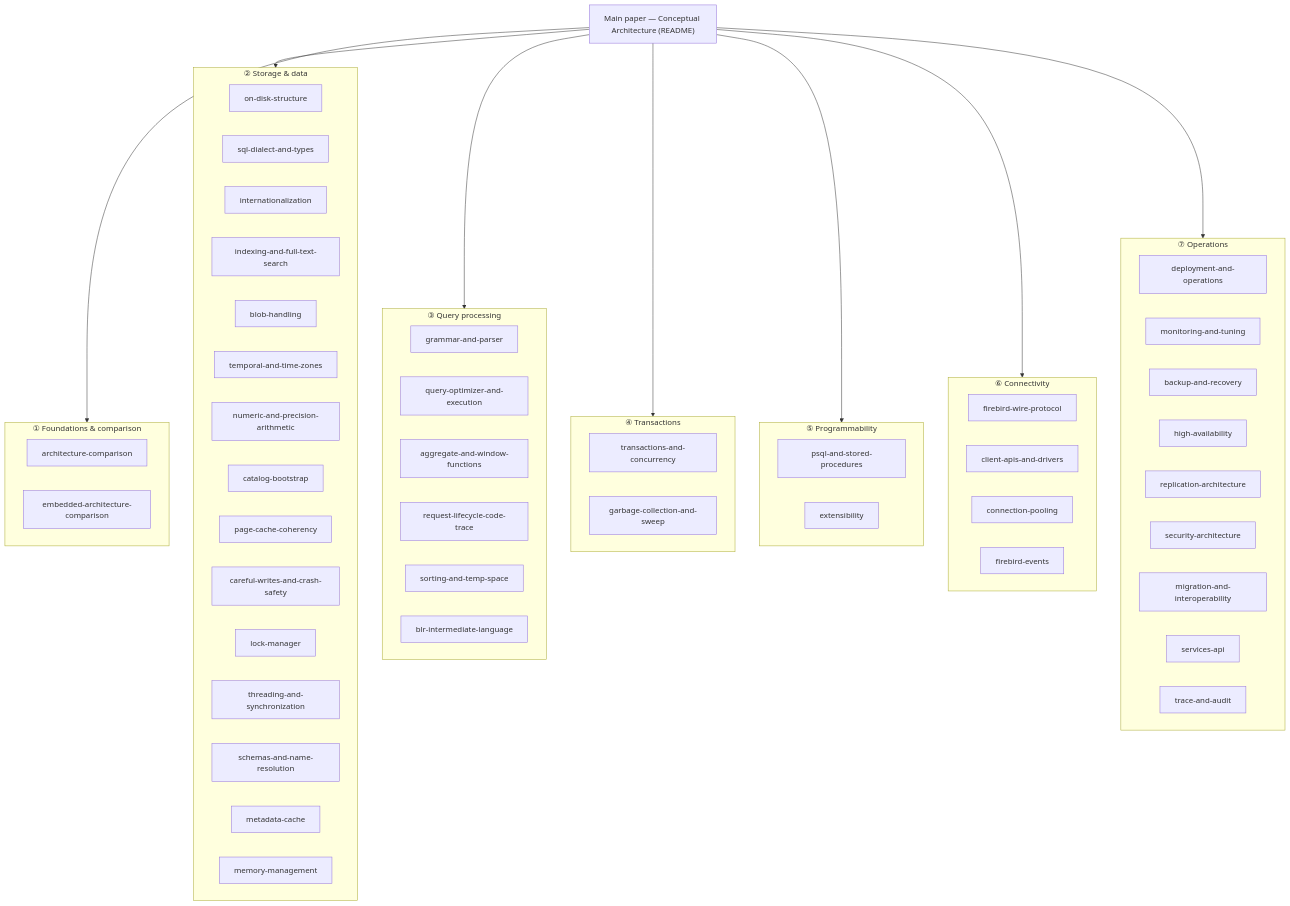
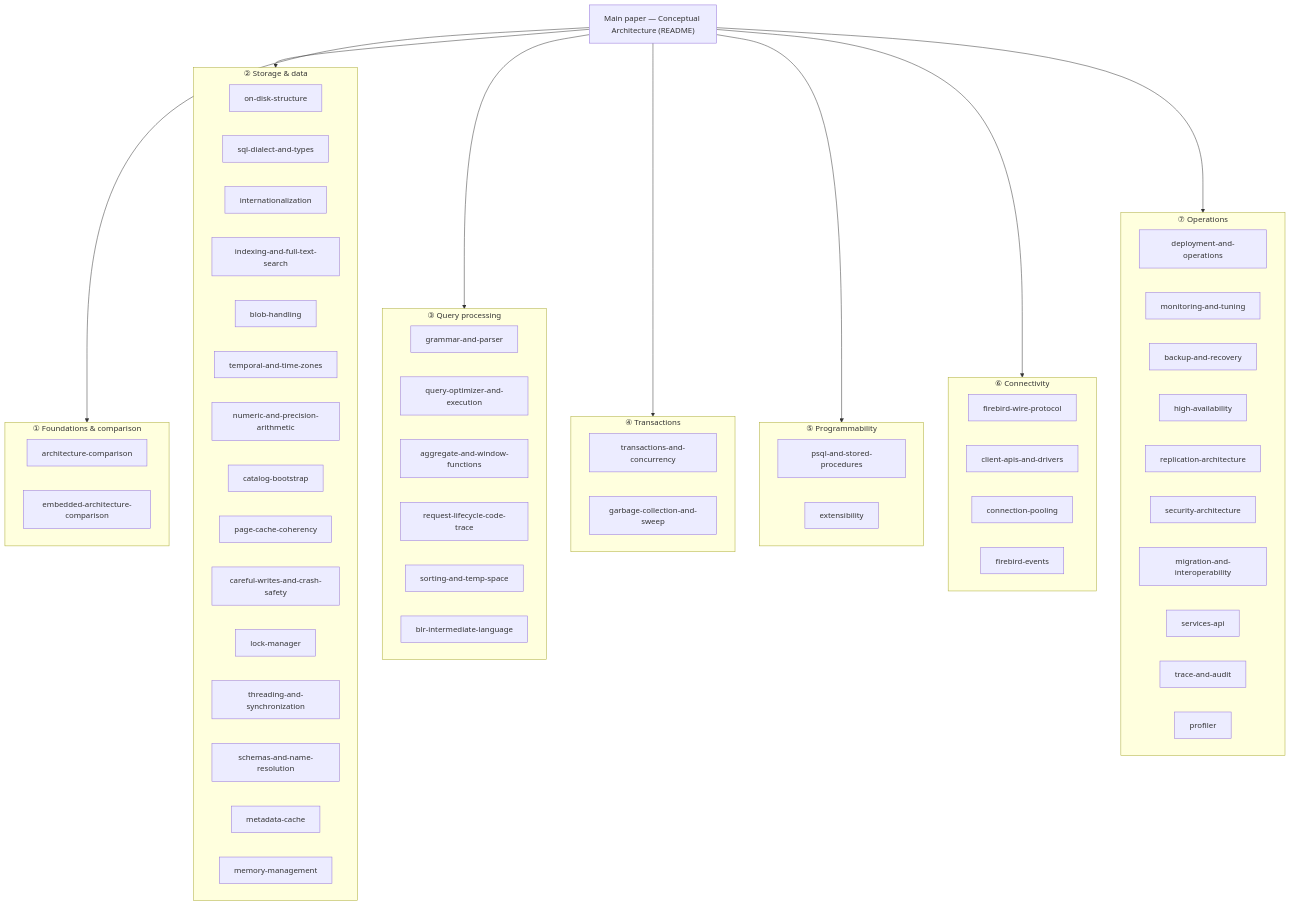
The diagram in READING-GUIDE.md (mariuz/conceptual-architecture-for-firebird-paper), drawn with Mermaid before and after one commit. The commit also changed other lines of this file and 4 other files, not shown here.

````diff
--- a/READING-GUIDE.md
+++ b/READING-GUIDE.md
@@ -9,61 +9,62 @@
 ```mermaid
 flowchart TB
     PAPER["Main paper — Conceptual Architecture (README)"]
 
     PAPER --> T1 & T2 & T3 & T4 & T5 & T6 & T7
 
     subgraph T1["① Foundations & comparison"]
         A1["architecture-comparison"]
         A2["embedded-architecture-comparison"]
     end
     subgraph T2["② Storage & data"]
         B1["on-disk-structure"]
         B2["sql-dialect-and-types"]
         B3["internationalization"]
         B4["indexing-and-full-text-search"]
         B5["blob-handling"]
         B6["temporal-and-time-zones"]
         B7["numeric-and-precision-arithmetic"]
         B8["catalog-bootstrap"]
         B9["page-cache-coherency"]
         B10["careful-writes-and-crash-safety"]
         B11["lock-manager"]
         B12["threading-and-synchronization"]
         B13["schemas-and-name-resolution"]
         B14["metadata-cache"]
         B15["memory-management"]
     end
     subgraph T3["③ Query processing"]
         C1["grammar-and-parser"]
         C2["query-optimizer-and-execution"]
         C3["aggregate-and-window-functions"]
         C4["request-lifecycle-code-trace"]
         C5["sorting-and-temp-space"]
         C6["blr-intermediate-language"]
     end
     subgraph T4["④ Transactions"]
         D1["transactions-and-concurrency"]
         D2["garbage-collection-and-sweep"]
     end
     subgraph T5["⑤ Programmability"]
         E1["psql-and-stored-procedures"]
         E2["extensibility"]
     end
     subgraph T6["⑥ Connectivity"]
         F1["firebird-wire-protocol"]
         F2["client-apis-and-drivers"]
         F3["connection-pooling"]
         F4["firebird-events"]
     end
     subgraph T7["⑦ Operations"]
         G1["deployment-and-operations"]
         G2["monitoring-and-tuning"]
         G3["backup-and-recovery"]
         G4["high-availability"]
         G5["replication-architecture"]
         G6["security-architecture"]
         G7["migration-and-interoperability"]
         G8["services-api"]
         G9["trace-and-audit"]
+        G10["profiler"]
     end
 ```
````
